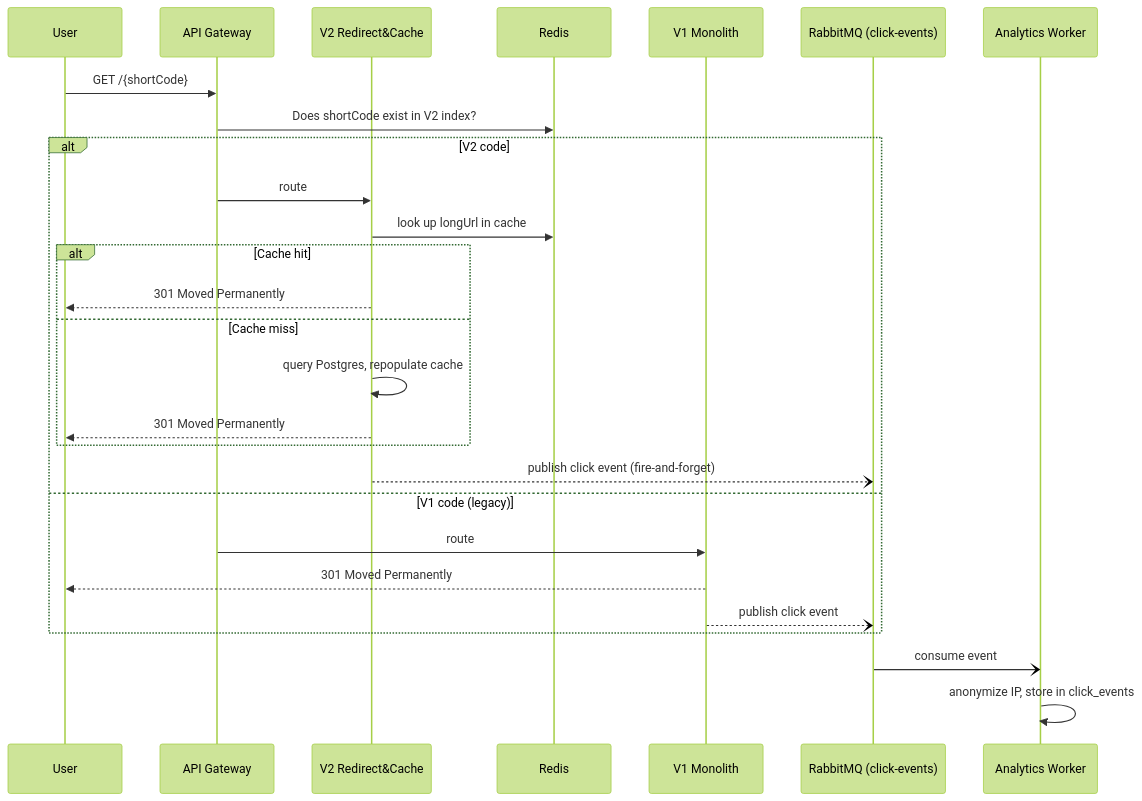
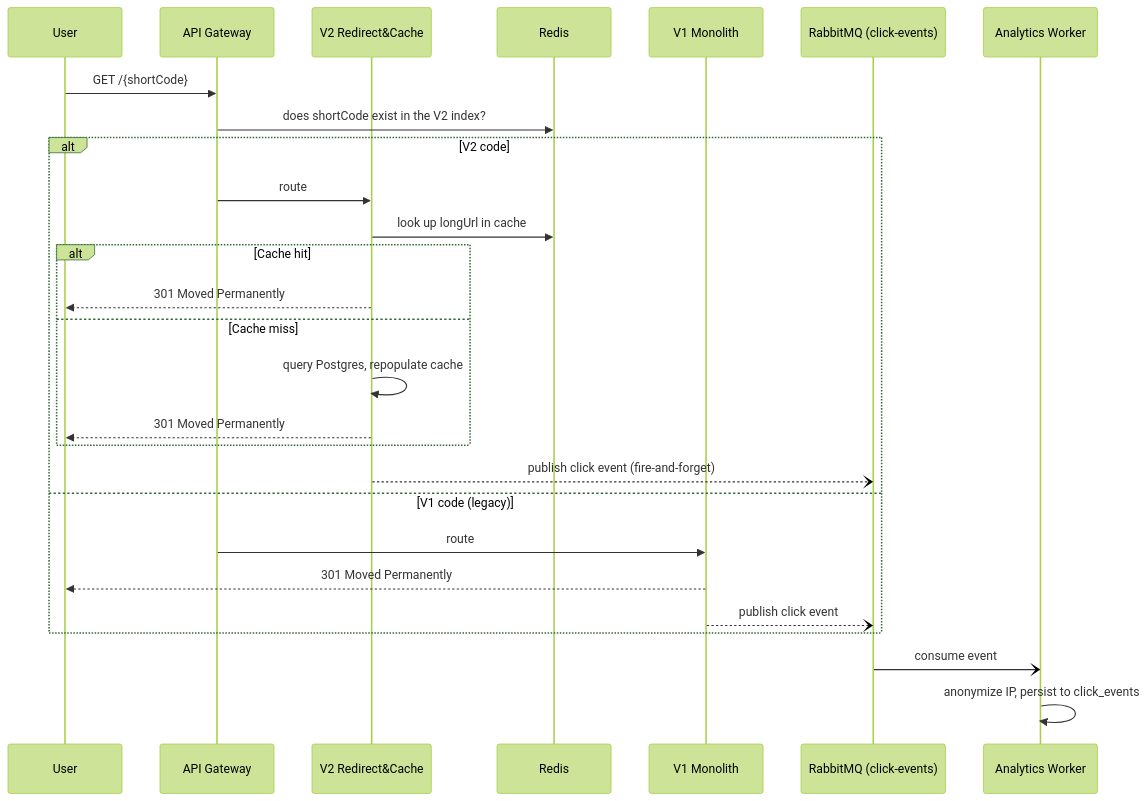
The diagram in ARCHITECTURE.md (arturomendezarg/urlshortener), drawn with Mermaid (forest theme) before and after one commit. The commit also changed other lines of this file and 16 other files, not shown here.

````diff
--- a/ARCHITECTURE.md
+++ b/ARCHITECTURE.md
@@ -63,30 +63,30 @@
 ```mermaid
 sequenceDiagram
     participant U as User
     participant GW as API Gateway
     participant R2 as V2 Redirect&Cache
     participant Redis
     participant V1 as V1 Monolith
     participant Q as RabbitMQ (click-events)
     participant AW as Analytics Worker
 
     U->>GW: GET /{shortCode}
-    GW->>Redis: Does shortCode exist in V2 index?
+    GW->>Redis: does shortCode exist in the V2 index?
     alt V2 code
         GW->>R2: route
         R2->>Redis: look up longUrl in cache
         alt Cache hit
             R2-->>U: 301 Moved Permanently
         else Cache miss
             R2->>R2: query Postgres, repopulate cache
             R2-->>U: 301 Moved Permanently
         end
         R2--)Q: publish click event (fire-and-forget)
     else V1 code (legacy)
         GW->>V1: route
         V1-->>U: 301 Moved Permanently
         V1--)Q: publish click event
     end
     Q-)AW: consume event
-    AW->>AW: anonymize IP, store in click_events
+    AW->>AW: anonymize IP, persist to click_events
 ```
````
